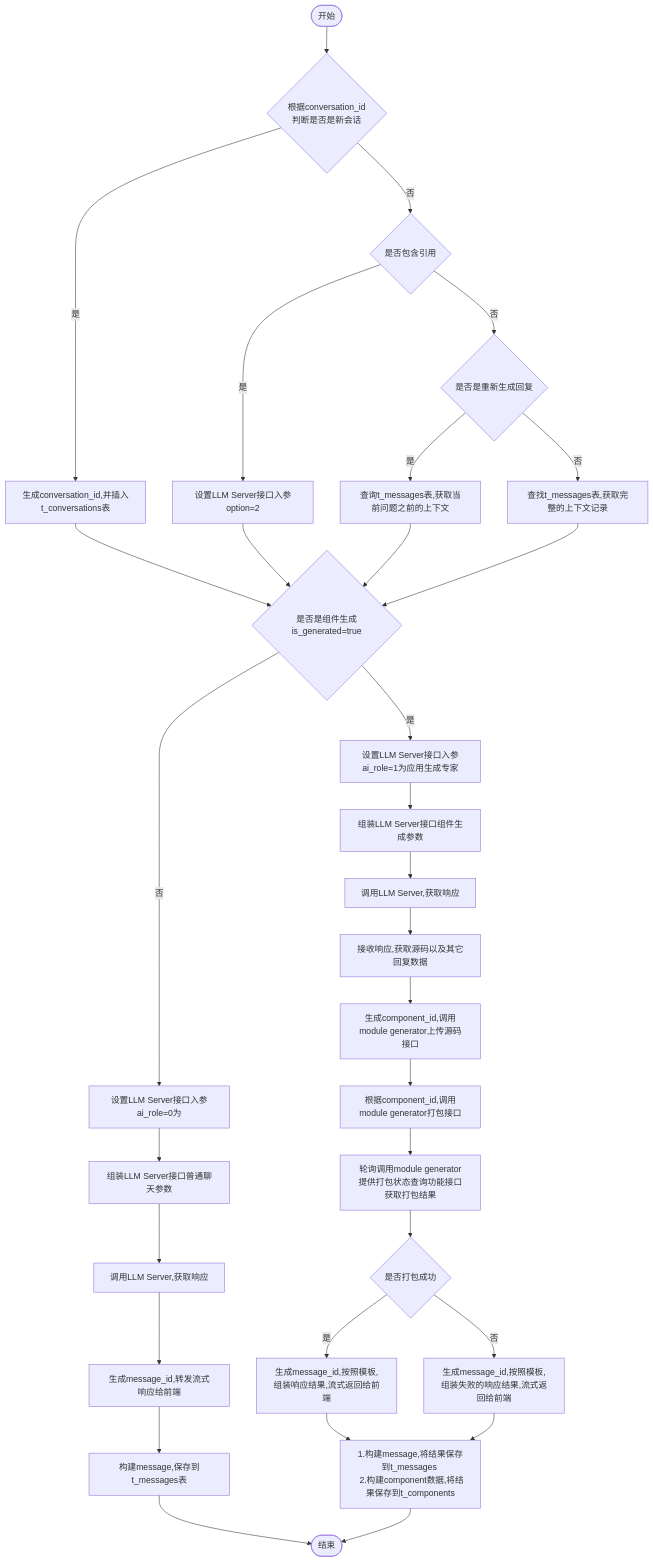
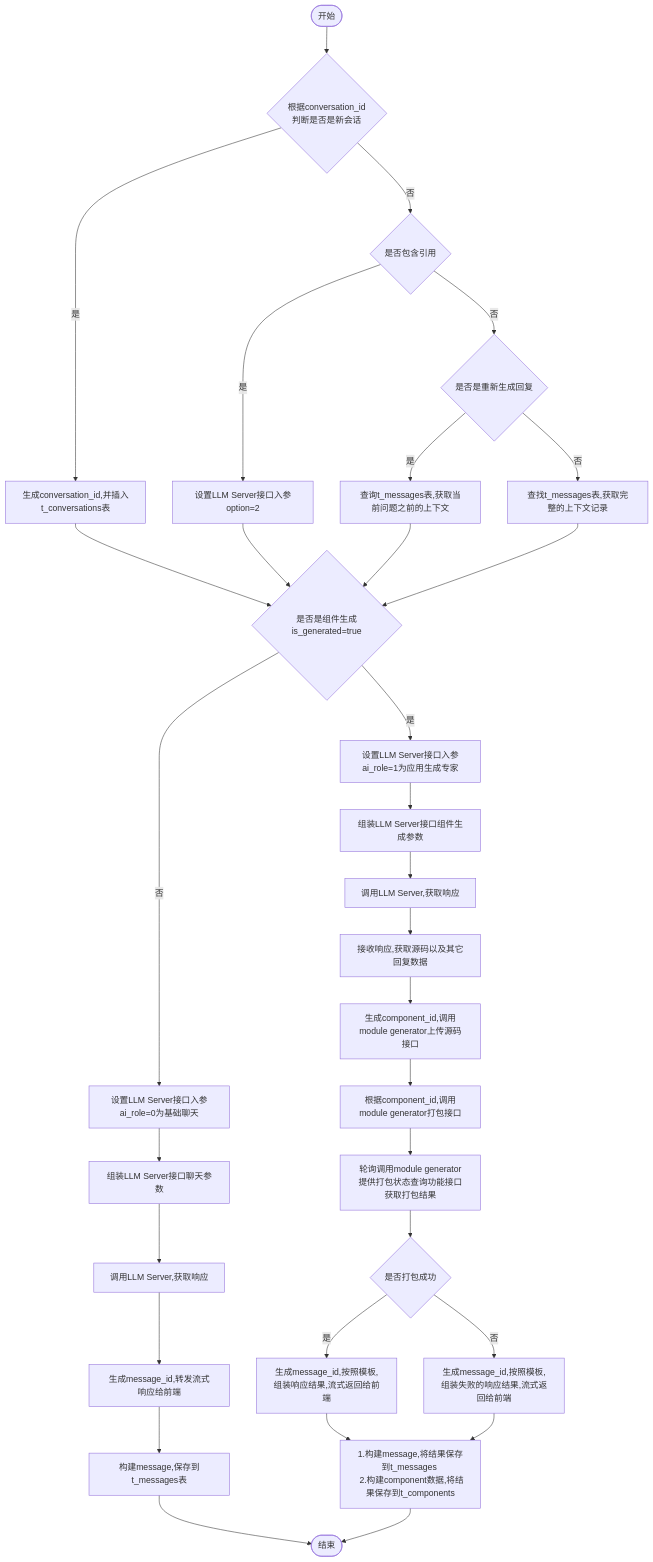
The diagram in all/w3-会话-不需要传递message.md (yingjianzh/iodraw-files), drawn with Mermaid before and after one commit.

Commit message:
2024-10-14 11:09:08 update

````diff
--- a/all/w3-会话-不需要传递message.md
+++ b/all/w3-会话-不需要传递message.md
@@ -1,35 +1,35 @@
 ```mermaid
 flowchart TD
     A([开始]) --> B{根据conversation_id \n 判断是否是新会话}
     B -- 是 --> C[生成conversation_id,并插入t_conversations表]
     B -- 否 --> D{是否包含引用}
     D -- 是 --> E[设置LLM Server接口入参option=2]
     D -- 否 --> F{是否是重新生成回复}
     F -- 是 --> G[查询t_messages表,获取当前问题之前的上下文]
     F -- 否 --> H[查找t_messages表,获取完整的上下文记录]
      
     C & E & G & H --> I{是否是组件生成is_generated=true}
     I -- 是 --> J[设置LLM Server接口入参ai_role=1为应用生成专家]
-    I -- 否 --> K[设置LLM Server接口入参ai_role=0为]
+    I -- 否 --> K[设置LLM Server接口入参ai_role=0为基础聊天]
 
 
     J --> L[组装LLM Server接口组件生成参数]    
-    K --> M[组装LLM Server接口普通聊天参数]    
+    K --> M[组装LLM Server接口聊天参数]    
     M --> N[调用LLM Server,获取响应]    
     N --> O[生成message_id,转发流式响应给前端]
     O --> P[构建message,保存到t_messages表]
     P --> R([结束])
 
 
     L --> S[调用LLM Server,获取响应]
     S --> T[接收响应,获取源码以及其它回复数据]
     T --> U[生成component_id,调用module generator上传源码接口]
     U --> V[根据component_id,调用module generator打包接口]
     V --> W[轮询调用module generator提供打包状态查询功能接口获取打包结果]
     W --> X{是否打包成功}
     X -- 是 --> Y[生成message_id,按照模板,组装响应结果,流式返回给前端]
     X -- 否 --> Z[生成message_id,按照模板,组装失败的响应结果,流式返回给前端]
 
     Y & Z --> Result[1.构建message,将结果保存到t_messages \n 2.构建component数据,将结果保存到t_components]
     Result --> R
 ```
````
